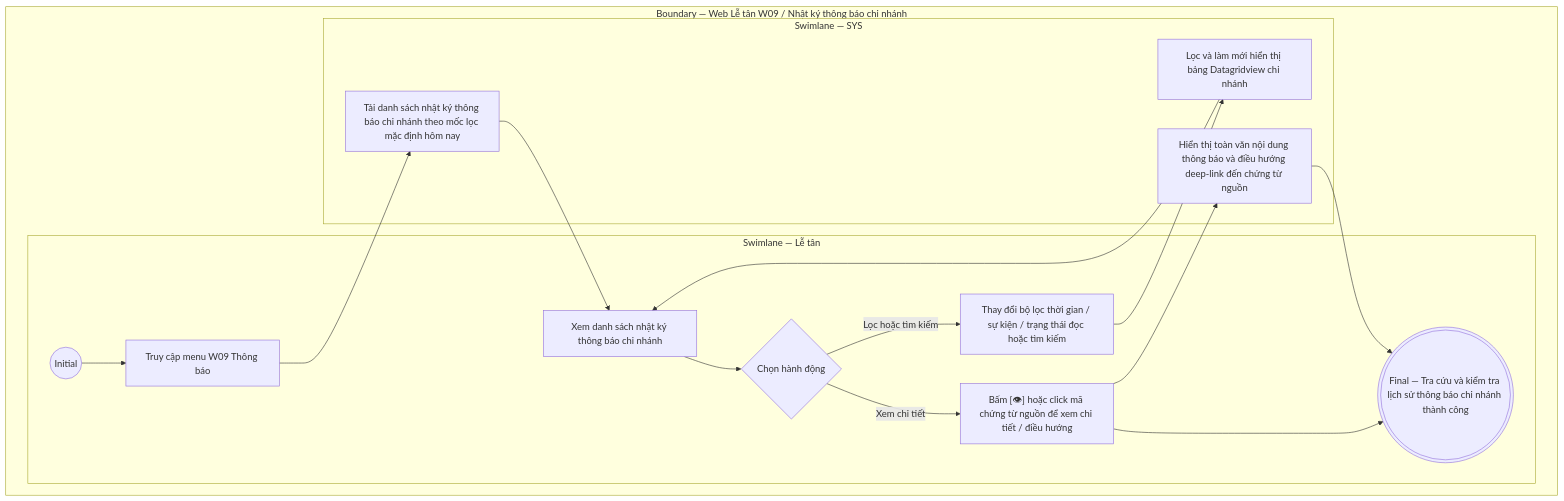
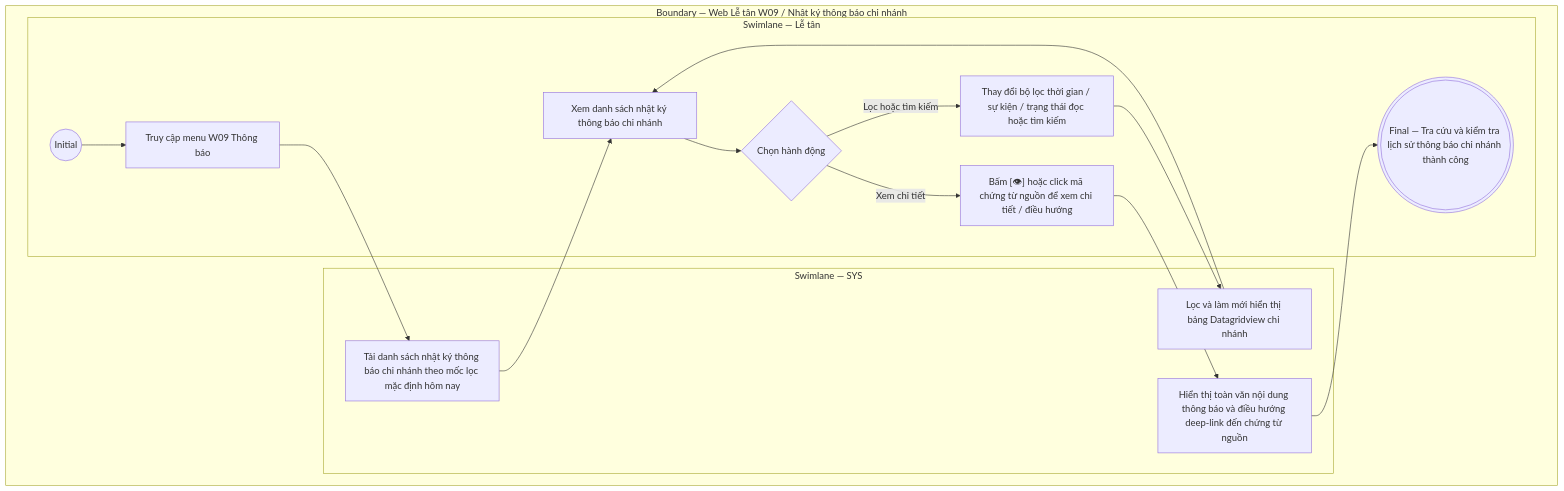
Before and after one commit to ThachY-23120411/Paradise-Gym-v2: the diagram in docs/user-stories/le-tan/LT-W09-Thông báo/LT-W09-US01-Tra cứu lịch sử gửi thông báo chi nhánh.md, drawn with Mermaid. The commit also changed 5 other files, not shown here.

````diff
--- a/docs/user-stories/le-tan/LT-W09-Thông báo/LT-W09-US01-Tra cứu lịch sử gửi thông báo chi nhánh.md
+++ b/docs/user-stories/le-tan/LT-W09-Thông báo/LT-W09-US01-Tra cứu lịch sử gửi thông báo chi nhánh.md
@@ -57,29 +57,29 @@
 ```mermaid
 flowchart TB
   subgraph B["Boundary — Web Lễ tân W09 / Nhật ký thông báo chi nhánh"]
     subgraph L0["Swimlane — Lễ tân"]
       I01(("Initial"))
       A01["Truy cập menu W09 Thông báo"]
       A02["Xem danh sách nhật ký thông báo chi nhánh"]
       A03{"Chọn hành động"}
       A04["Thay đổi bộ lọc thời gian / sự kiện / trạng thái đọc hoặc tìm kiếm"]
       A05["Bấm [👁] hoặc click mã chứng từ nguồn để xem chi tiết / điều hướng"]
       F01((("Final — Tra cứu và kiểm tra lịch sử thông báo chi nhánh thành công")))
 
       I01 --> A01
       A02 --> A03
       A03 -->|Lọc hoặc tìm kiếm| A04
-      A03 -->|Xem chi tiết| A05 --> F01
+      A03 -->|Xem chi tiết| A05
     end
 
     subgraph L1["Swimlane — SYS"]
       S01["Tải danh sách nhật ký thông báo chi nhánh theo mốc lọc mặc định hôm nay"]
       S02["Lọc và làm mới hiển thị bảng Datagridview chi nhánh"]
       S03["Hiển thị toàn văn nội dung thông báo và điều hướng deep-link đến chứng từ nguồn"]
 
       A01 --> S01 --> A02
       A04 --> S02 --> A02
       A05 --> S03 --> F01
     end
   end
 ```
````
